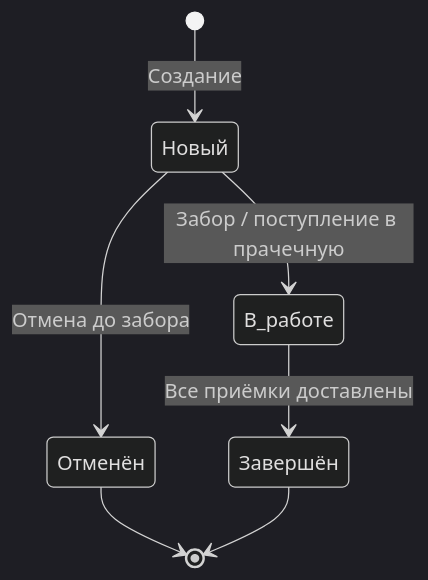
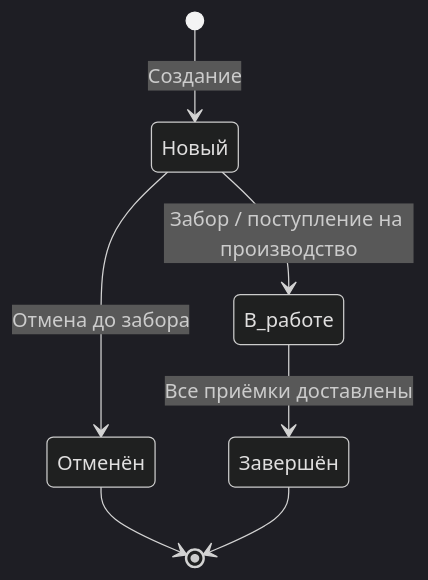
The first of 2 diagrams in docs/business/order.md (dmitry30/PROFLAUNDRY), drawn with Mermaid (dark theme) before and after one commit. The commit also changed other lines of this file and 5 other files, not shown here.

````diff
--- a/docs/business/order.md
+++ b/docs/business/order.md
@@ -44,9 +44,9 @@
 ```mermaid
 stateDiagram-v2
     [*] --> Новый : Создание
-    Новый --> В_работе : Забор / поступление в прачечную
+    Новый --> В_работе : Забор / поступление на производство
     В_работе --> Завершён : Все приёмки доставлены
     Новый --> Отменён : Отмена до забора
     Отменён --> [*]
     Завершён --> [*]
 ```
````
